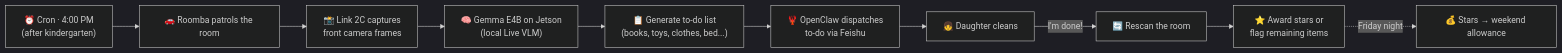
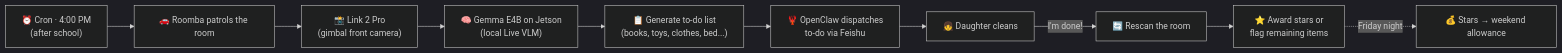
The first of 2 diagrams in docs/hackathons/2026/roomba-vllm.md (peterpanstechland/peterpanstechland.github.io), drawn with Mermaid (dark theme) before and after one commit. The commit also changed other lines of this file and 17 other files, not shown here.

````diff
--- a/docs/hackathons/2026/roomba-vllm.md
+++ b/docs/hackathons/2026/roomba-vllm.md
@@ -68,12 +95,12 @@
 ```mermaid
 graph LR
-    Cron["⏰ Cron · 4:00 PM<br/>(after kindergarten)"] --> Patrol["🚗 Roomba patrols the room"]
-    Patrol --> Capture["📸 Link 2C captures<br/>front camera frames"]
+    Cron["⏰ Cron · 4:00 PM<br/>(after school)"] --> Patrol["🚗 Roomba patrols the room"]
+    Patrol --> Capture["📸 Link 2 Pro<br/>(gimbal front camera)"]
     Capture --> VLM["🧠 Gemma E4B on Jetson<br/>(local Live VLM)"]
     VLM --> Eval["📋 Generate to-do list<br/>(books, toys, clothes, bed...)"]
     Eval --> OpenClaw["🦞 OpenClaw dispatches<br/>to-do via Feishu"]
     OpenClaw --> Kid["👧 Daughter cleans"]
     Kid -->|"I'm done!"| Rescan["🔄 Rescan the room"]
     Rescan --> Stars["⭐ Award stars or<br/>flag remaining items"]
     Stars -.->|"Friday night"| Allowance["💰 Stars → weekend allowance"]
 ```
````
